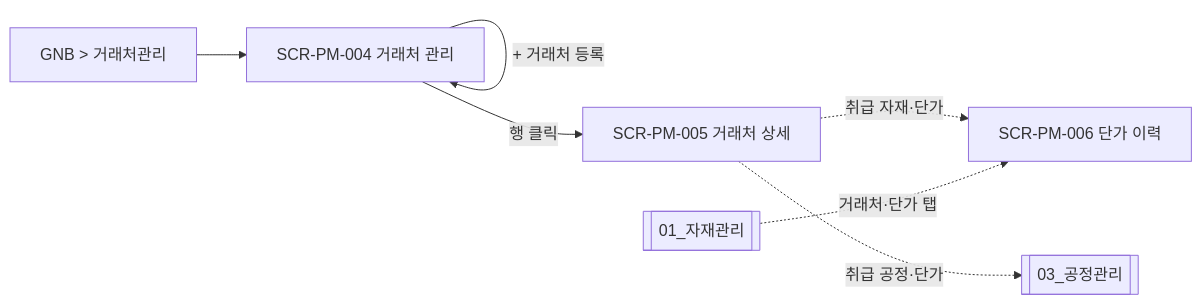
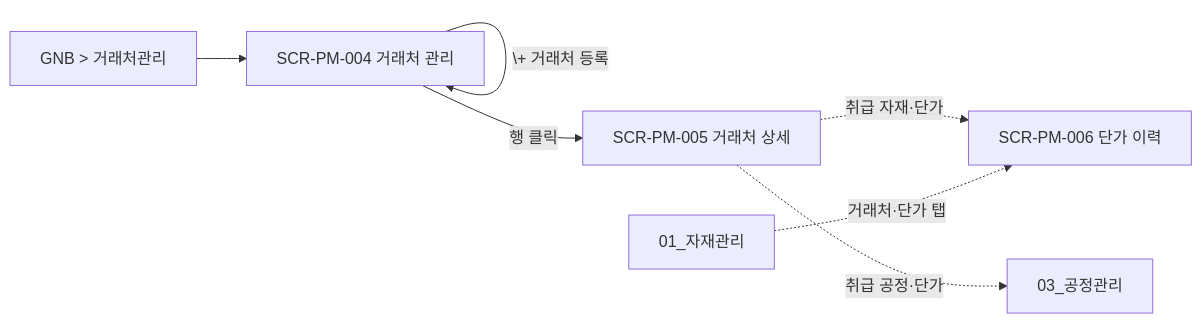
Before and after one commit to team-codecraft/wims2.0: the diagram in docs/3_DE(설계)/DE22-1_화면설계서/sections/02_거래처_단가.md, drawn with Mermaid. The commit also changed 10 other files, not shown here.

First line of the commit message:
chore: 잡동사니 변경 모음 — Mermaid 문법 수정, editor/package 설정, poc-mermaid 추가

````diff
--- a/docs/3_DE(설계)/DE22-1_화면설계서/sections/02_거래처_단가.md
+++ b/docs/3_DE(설계)/DE22-1_화면설계서/sections/02_거래처_단가.md
@@ -31,9 +31,9 @@
 ```mermaid
 flowchart LR
-  GNB[GNB > 거래처관리] --> L[SCR-PM-004 거래처 관리]
-  L -->|+ 거래처 등록| L
+  GNB["GNB > 거래처관리"] --> L[SCR-PM-004 거래처 관리]
+  L -->|\+ 거래처 등록| L
   L -->|행 클릭| D[SCR-PM-005 거래처 상세]
   D -.취급 자재·단가.-> P[SCR-PM-006 단가 이력]
-  D -.취급 공정·단가.-> PR[[03_공정관리]]
-  MAT[[01_자재관리]] -.거래처·단가 탭.-> P
+  D -.취급 공정·단가.-> PR[03_공정관리]
+  MAT[01_자재관리] -.거래처·단가 탭.-> P
 ```
````
